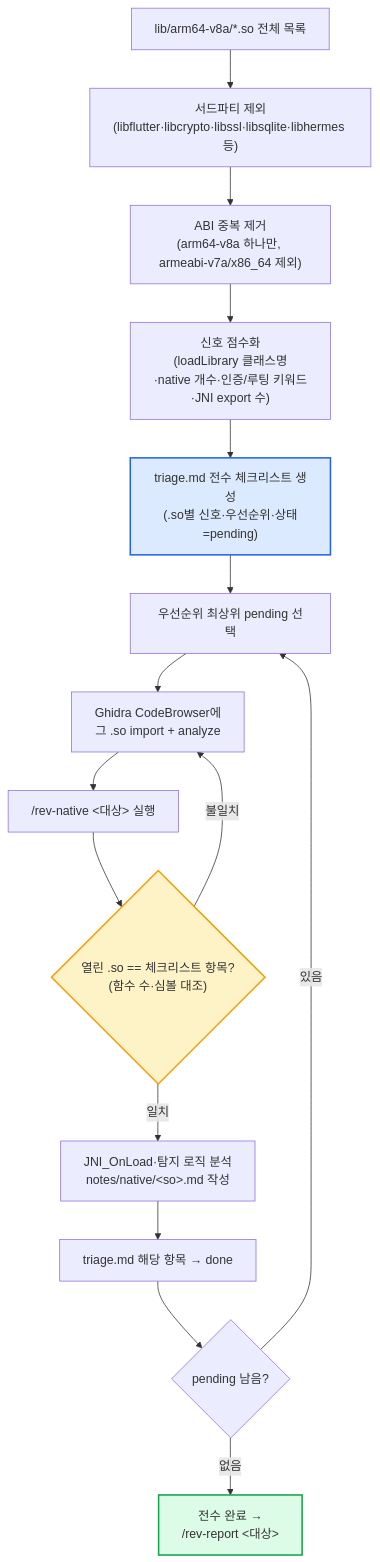
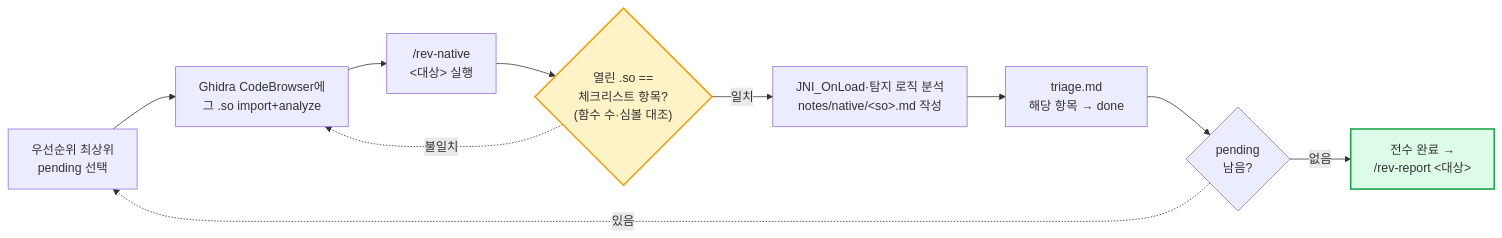
The third of 3 diagrams in README.md (uachoi/revkit), drawn with Mermaid before and after one commit. The commit also changed other lines of this file and 1 other file, not shown here.

First line of the commit message:
docs: mermaid 다이어그램을 가로(LR) 방향으로 변경

````diff
--- a/README.md
+++ b/README.md
@@ -78,21 +92,15 @@
 ```mermaid
-flowchart TD
-    A["lib/arm64-v8a/*.so 전체 목록"] --> B["서드파티 제외<br/>(libflutter·libcrypto·libssl·libsqlite·libhermes 등)"]
-    B --> C["ABI 중복 제거<br/>(arm64-v8a 하나만, armeabi-v7a/x86_64 제외)"]
-    C --> D["신호 점수화<br/>(loadLibrary 클래스명·native 개수·인증/루팅 키워드·JNI export 수)"]
-    D --> E["triage.md 전수 체크리스트 생성<br/>(.so별 신호·우선순위·상태=pending)"]
-    E --> F["우선순위 최상위 pending 선택"]
-    F --> G["Ghidra CodeBrowser에<br/>그 .so import + analyze"]
-    G --> H["/rev-native &lt;대상&gt; 실행"]
-    H --> I{"열린 .so == 체크리스트 항목?<br/>(함수 수·심볼 대조)"}
-    I -->|불일치| G
+flowchart LR
+    F["우선순위 최상위<br/>pending 선택"] --> G["Ghidra CodeBrowser에<br/>그 .so import+analyze"]
+    G --> H["/rev-native<br/>&lt;대상&gt; 실행"]
+    H --> I{"열린 .so ==<br/>체크리스트 항목?<br/>(함수 수·심볼 대조)"}
+    I -.->|불일치| G
     I -->|일치| J["JNI_OnLoad·탐지 로직 분석<br/>notes/native/&lt;so&gt;.md 작성"]
-    J --> K["triage.md 해당 항목 → done"]
-    K --> L{"pending 남음?"}
-    L -->|있음| F
+    J --> K["triage.md<br/>해당 항목 → done"]
+    K --> L{"pending<br/>남음?"}
+    L -.->|있음| F
     L -->|없음| M["전수 완료 →<br/>/rev-report &lt;대상&gt;"]
 
-    style E fill:#dbeafe,stroke:#2563eb,stroke-width:2px
     style I fill:#fef3c7,stroke:#f59e0b,stroke-width:2px
     style M fill:#dcfce7,stroke:#16a34a,stroke-width:2px
 ```
````
